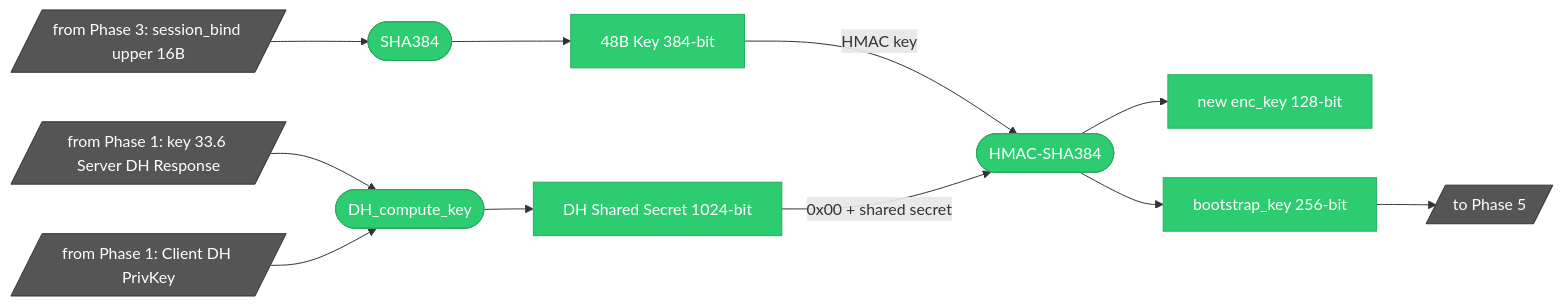
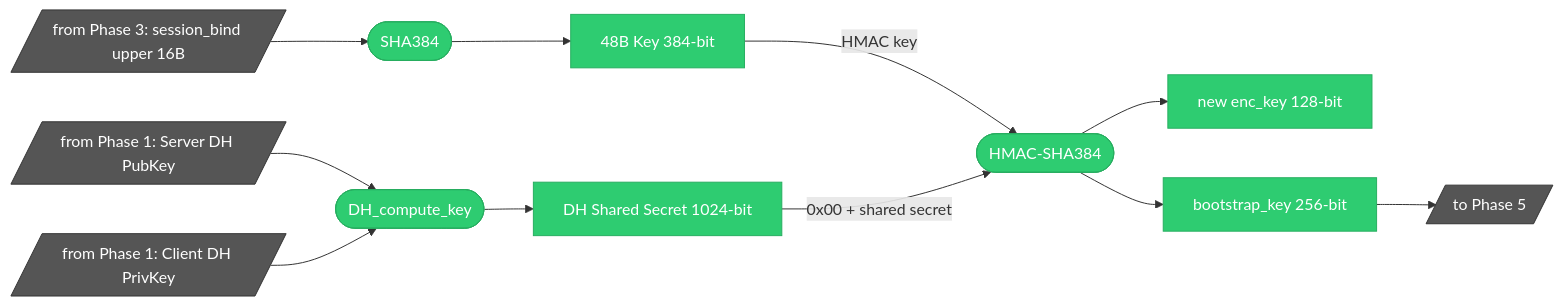
One commit to qtmleap/revkit changed the third of 9 diagrams in docs/spec/msl_key_relationship.md. Above: the diagram before and after it, drawn with Mermaid. The commit also changed other lines of this file, not shown here.

First line of the commit message:
docs(spec): Phase 1 で key 33.6 → Server DH PubKey 抽出を明示

````diff
--- a/docs/spec/msl_key_relationship.md
+++ b/docs/spec/msl_key_relationship.md
@@ -85,25 +87,25 @@
 ```mermaid
 graph LR
-    FROM_P1a[/"from Phase 1: key 33.6 Server DH Response"/] --> OP_DH(["DH_compute_key"])
+    FROM_P1a[/"from Phase 1: Server DH PubKey"/] --> OP_DH(["DH_compute_key"])
     FROM_P1b[/"from Phase 1: Client DH PrivKey"/] --> OP_DH
     OP_DH --> DH_SHARED["DH Shared Secret 1024-bit"]
     FROM_P3[/"from Phase 3: session_bind upper 16B"/] --> OP_SHA2(["SHA384"])
     OP_SHA2 --> KEY48["48B Key 384-bit"]
     KEY48 -->|HMAC key| OP_HMAC(["HMAC-SHA384"])
     DH_SHARED -->|0x00 + shared secret| OP_HMAC
     OP_HMAC --> NEW_ENC["new enc_key 128-bit"]
     OP_HMAC --> NEW_SIGN["bootstrap_key 256-bit"]
     NEW_SIGN --> TO_P5[/"to Phase 5"/]
 
     style FROM_P1a fill:#555,stroke:#333,color:#fff
     style FROM_P1b fill:#555,stroke:#333,color:#fff
     style FROM_P3 fill:#555,stroke:#333,color:#fff
     style TO_P5 fill:#555,stroke:#333,color:#fff
     style OP_DH fill:#2ecc71,stroke:#27ae60,color:#fff
     style DH_SHARED fill:#2ecc71,stroke:#27ae60,color:#fff
     style OP_SHA2 fill:#2ecc71,stroke:#27ae60,color:#fff
     style KEY48 fill:#2ecc71,stroke:#27ae60,color:#fff
     style OP_HMAC fill:#2ecc71,stroke:#27ae60,color:#fff
     style NEW_ENC fill:#2ecc71,stroke:#27ae60,color:#fff
     style NEW_SIGN fill:#2ecc71,stroke:#27ae60,color:#fff
 ```
````
